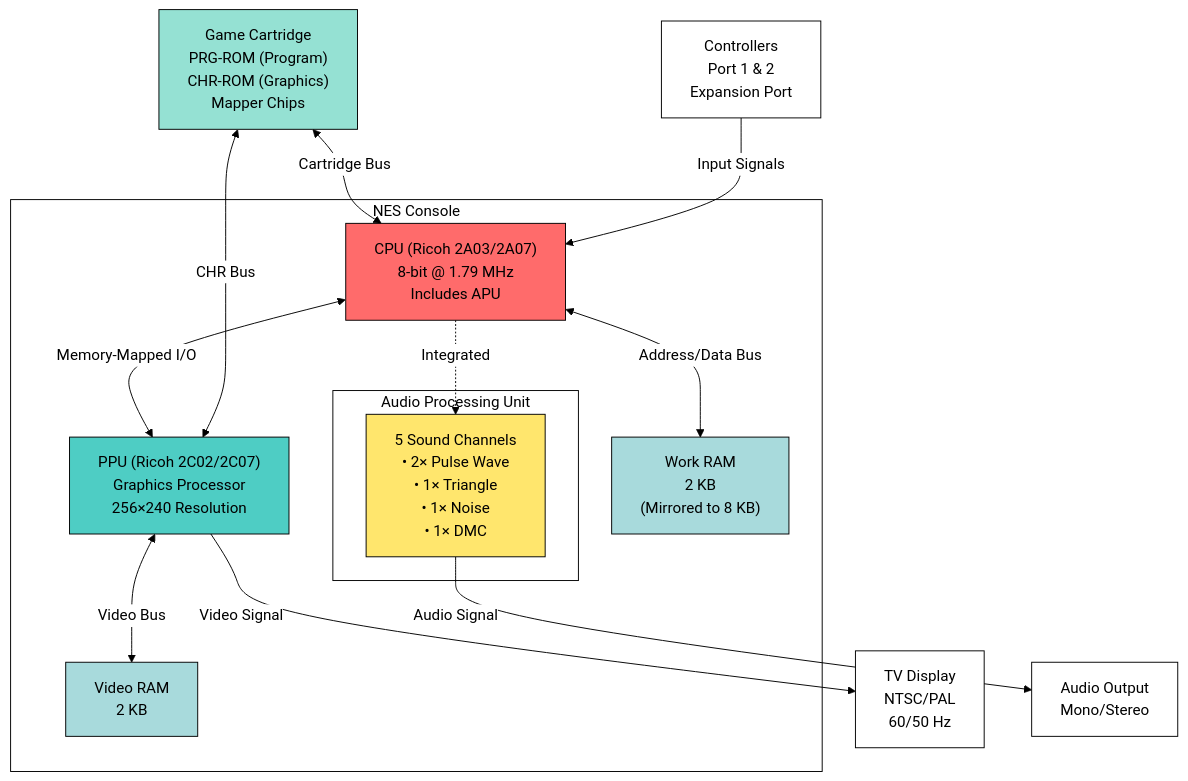
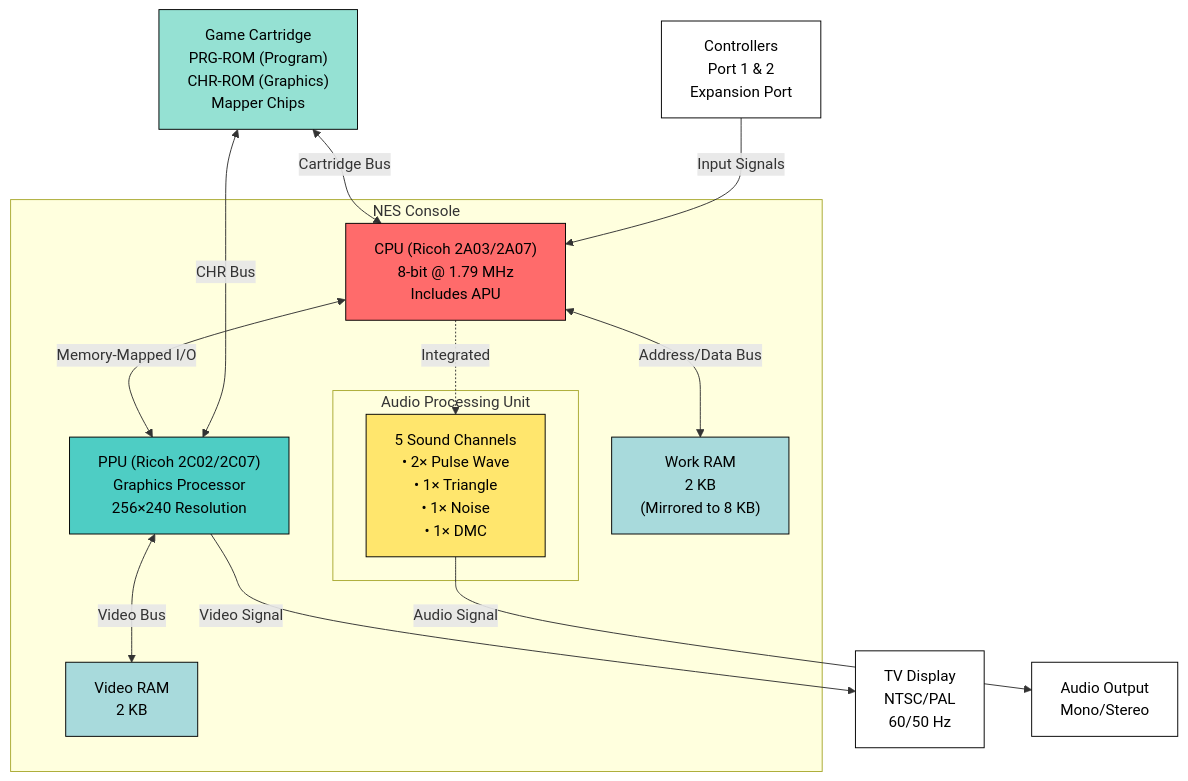
Before and after one commit to dreamldx/dreamldx.github.io: the diagram in _posts/2025-10-21-nes-console-introduction.md, drawn with Mermaid.

Commit message:
Switch Mermaid diagram to default light theme
Changed from custom base theme to Mermaid's built-in default light theme for a cleaner, more standard appearance with proper light background.

🤖 Generated with [Claude Code](https://claude.com/claude-code)

````diff
--- a/_posts/2025-10-21-nes-console-introduction.md
+++ b/_posts/2025-10-21-nes-console-introduction.md
@@ -36,40 +36,40 @@
 ```mermaid
-%%{init: {'theme':'base', 'themeVariables': { 'primaryColor':'#fff','primaryTextColor':'#000','primaryBorderColor':'#000','lineColor':'#000','secondaryColor':'#fff','tertiaryColor':'#fff','background':'#fff','mainBkg':'#fff','secondBkg':'#fff','tertiaryBkg':'#fff','clusterBkg':'#fff','clusterBorder':'#000','defaultLinkColor':'#000','titleColor':'#000','edgeLabelBackground':'#fff'}}}%%
+%%{init: {'theme':'default'}}%%
 graph TB
     subgraph "NES Console"
         CPU["CPU (Ricoh 2A03/2A07)<br/>8-bit @ 1.79 MHz<br/>Includes APU"]
         PPU["PPU (Ricoh 2C02/2C07)<br/>Graphics Processor<br/>256×240 Resolution"]
         WRAM["Work RAM<br/>2 KB<br/>(Mirrored to 8 KB)"]
         VRAM["Video RAM<br/>2 KB"]
 
         subgraph "Audio Processing Unit"
             APU["5 Sound Channels<br/>• 2× Pulse Wave<br/>• 1× Triangle<br/>• 1× Noise<br/>• 1× DMC"]
         end
 
         CPU <-->|Address/Data Bus| WRAM
         CPU <-->|Memory-Mapped I/O| PPU
         CPU -.->|Integrated| APU
         PPU <-->|Video Bus| VRAM
     end
 
     Cart["Game Cartridge<br/>PRG-ROM (Program)<br/>CHR-ROM (Graphics)<br/>Mapper Chips"]
     Controllers["Controllers<br/>Port 1 & 2<br/>Expansion Port"]
     TV["TV Display<br/>NTSC/PAL<br/>60/50 Hz"]
     Audio["Audio Output<br/>Mono/Stereo"]
 
     Cart <-->|Cartridge Bus| CPU
     Cart <-->|CHR Bus| PPU
     Controllers -->|Input Signals| CPU
     PPU -->|Video Signal| TV
     APU -->|Audio Signal| Audio
 
     style CPU fill:#ff6b6b,stroke:#000,color:#000
     style PPU fill:#4ecdc4,stroke:#000,color:#000
     style APU fill:#ffe66d,stroke:#000,color:#000
     style WRAM fill:#a8dadc,stroke:#000,color:#000
     style VRAM fill:#a8dadc,stroke:#000,color:#000
     style Cart fill:#95e1d3,stroke:#000,color:#000
     style Controllers fill:#fff,stroke:#000,color:#000
     style TV fill:#fff,stroke:#000,color:#000
     style Audio fill:#fff,stroke:#000,color:#000
 ```
````
